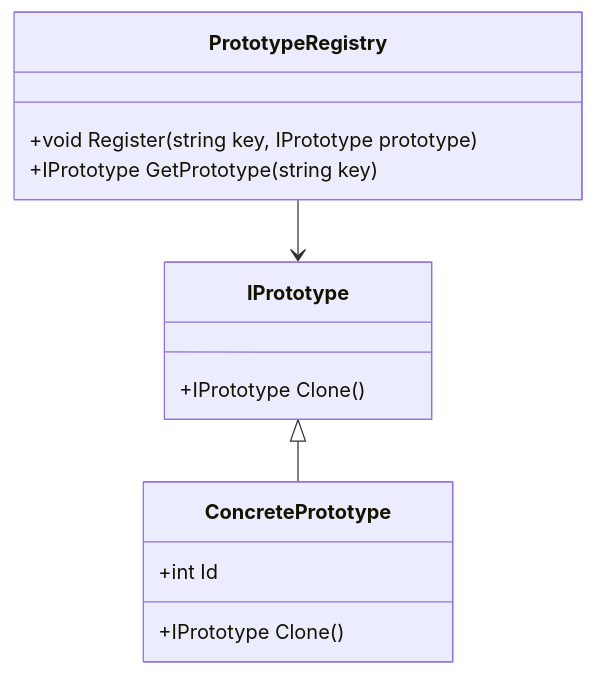
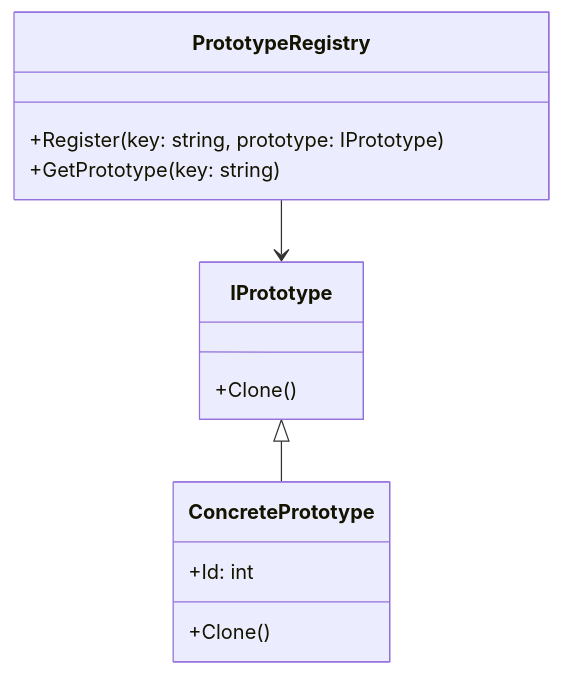
Before and after one commit to 42jerrykim/42jerrykim.github.io: the fifth of 10 diagrams in content/post/2024/2024-08-22-prototype/index.md, drawn with Mermaid. The commit also changed other lines of this file and 239 other files, not shown here.

````diff
--- a/content/post/2024/2024-08-22-prototype/index.md
+++ b/content/post/2024/2024-08-22-prototype/index.md
@@ -401,19 +310,16 @@
 ```mermaid
 classDiagram
     class IPrototype {
-        +IPrototype Clone()
+        +Clone()
     }
-
     class ConcretePrototype {
-        +int Id
-        +IPrototype Clone()
+        +Id: int
+        +Clone()
     }
-
     class PrototypeRegistry {
-        +void Register(string key, IPrototype prototype)
-        +IPrototype GetPrototype(string key)
+        +Register(key: string, prototype: IPrototype)
+        +GetPrototype(key: string)
     }
-
     IPrototype <|-- ConcretePrototype
     PrototypeRegistry --> IPrototype
-``` 
+```
````
